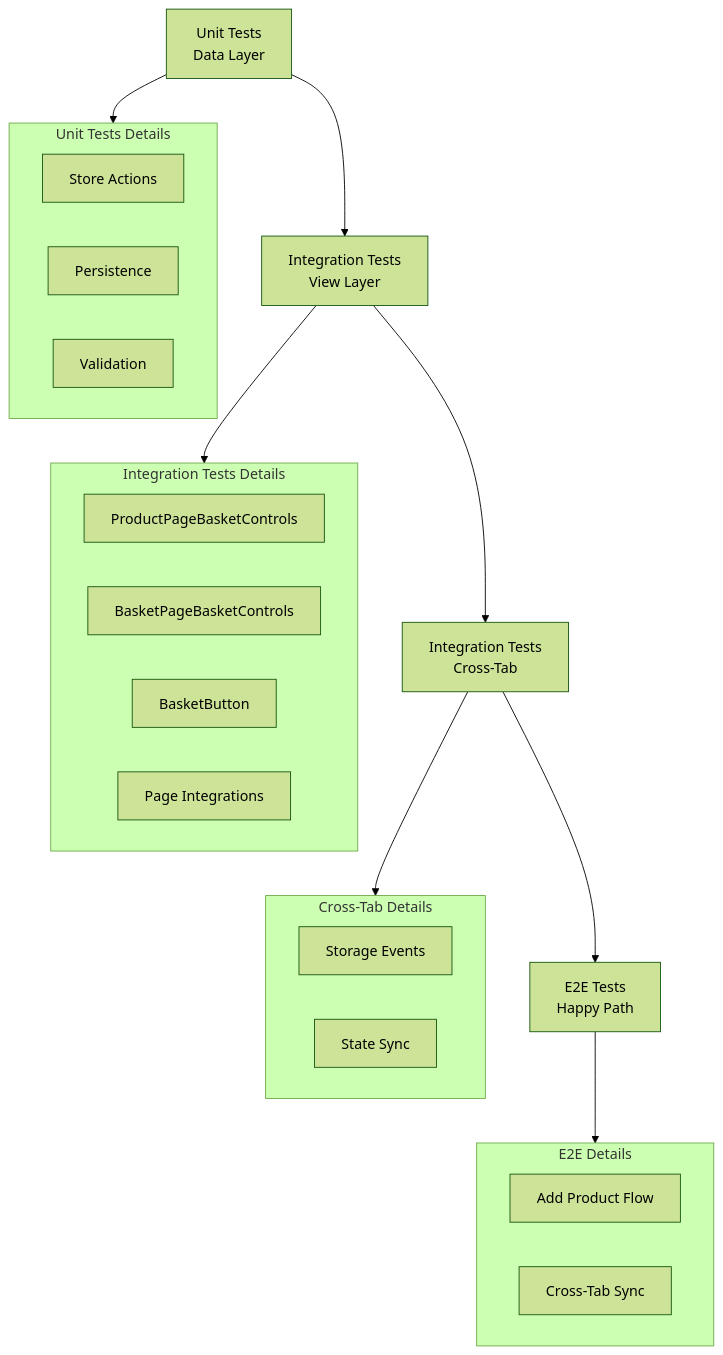
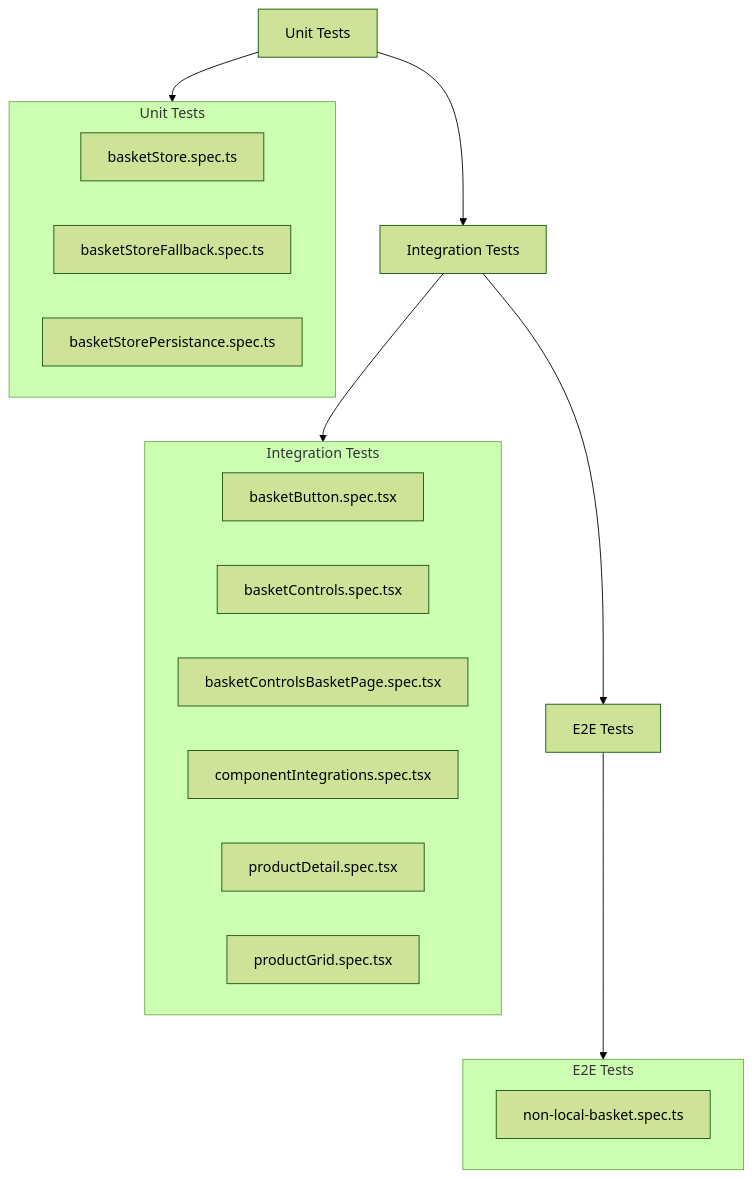
The diagram in docs/basket/non-local-basket/6. Tests Plan.md (munrhalls/sanglogium), drawn with Mermaid (forest theme) before and after one commit. The commit also changed other lines of this file and 4 other files, not shown here.

Commit message:
Difficulty: 2 - E, Polish (docs/basket/non-local-basket, docs/testing): Update documentation for testing principles and basket PRD — → closes 0 DoD items, documentation

````diff
--- a/docs/basket/non-local-basket/6. Tests Plan.md
+++ b/docs/basket/non-local-basket/6. Tests Plan.md
@@ -3,34 +3,28 @@
 ```mermaid
 flowchart TD
-    A[Unit Tests<br/>Data Layer] --> B[Integration Tests<br/>View Layer]
-    B --> C[Integration Tests<br/>Cross-Tab]
-    C --> D[E2E Tests<br/>Happy Path]
+    A[Unit Tests] --> B[Integration Tests]
+    B --> C[E2E Tests]
 
-    subgraph A1[Unit Tests Details]
-        A1_1[Store Actions]
-        A1_2[Persistence]
-        A1_3[Validation]
+    subgraph A1[Unit Tests]
+        A1_1[basketStore.spec.ts]
+        A1_2[basketStoreFallback.spec.ts]
+        A1_3[basketStorePersistance.spec.ts]
     end
 
-    subgraph B1[Integration Tests Details]
-        B1_1[ProductPageBasketControls]
-        B1_2[BasketPageBasketControls]
-        B1_3[BasketButton]
-        B1_4[Page Integrations]
+    subgraph B1[Integration Tests]
+        B1_1[basketButton.spec.tsx]
+        B1_2[basketControls.spec.tsx]
+        B1_3[basketControlsBasketPage.spec.tsx]
+        B1_4[componentIntegrations.spec.tsx]
+        B1_5[productDetail.spec.tsx]
+        B1_6[productGrid.spec.tsx]
     end
 
-    subgraph C1[Cross-Tab Details]
-        C1_1[Storage Events]
-        C1_2[State Sync]
-    end
-
-    subgraph D1[E2E Details]
-        D1_1[Add Product Flow]
-        D1_2[Cross-Tab Sync]
+    subgraph C1[E2E Tests]
+        C1_1[non-local-basket.spec.ts]
     end
 
     A --> A1
     B --> B1
     C --> C1
-    D --> D1
 ```
````
